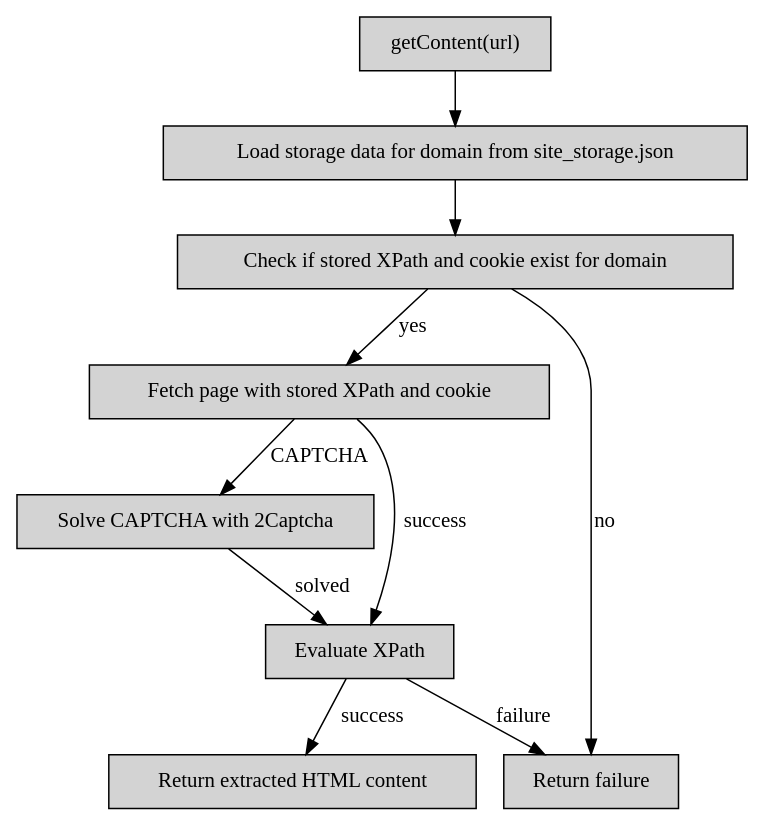
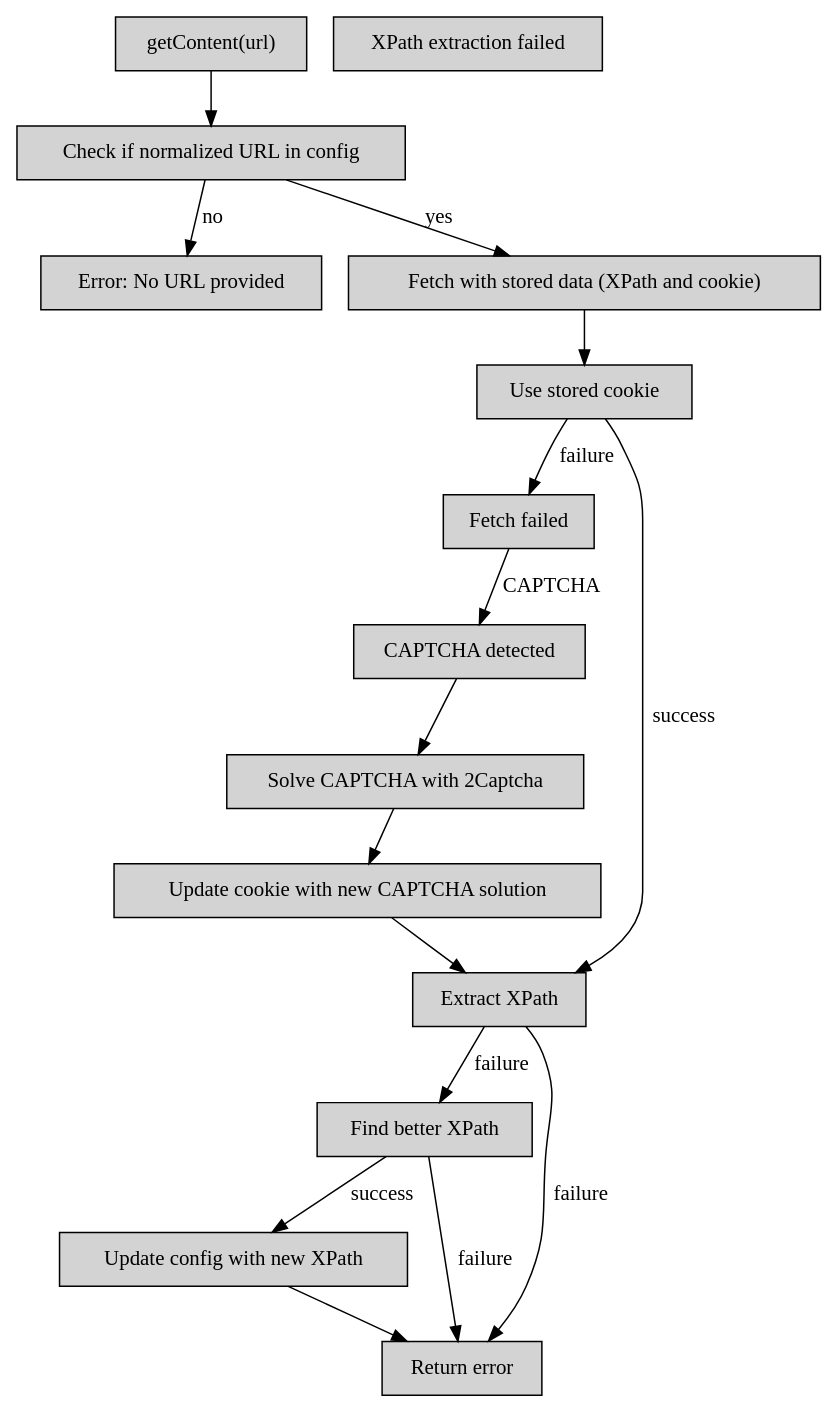
The diagram in smartScraper2.dot (bogorad/smartScraper), drawn with Graphviz before and after one commit.

Commit message:
refactor: update smartScraper2.dot with new execution logic

```diff
--- a/smartScraper2.dot
+++ b/smartScraper2.dot
@@ -1,24 +1,39 @@
 digraph execution_logic {
     node[shape=box, style=filled];
 
     start[label="getContent(url)"];
-    load_storage[label="Load storage data for domain from site_storage.json"];
-    check_stored_data[label="Check if stored XPath and cookie exist for domain"];
-    fetch_with_stored_data[label="Fetch page with stored XPath and cookie"];
+    error_no_url[label="Error: No URL provided"];
+    config_check[label="Check if normalized URL in config"];
+    fetch_with_stored_data[label="Fetch with stored data (XPath and cookie)"];
+    use_cookie[label="Use stored cookie"];
+    fetch_failed[label="Fetch failed"];
+    captcha_detected[label="CAPTCHA detected"];
     solve_captcha[label="Solve CAPTCHA with 2Captcha"];
-    xpath_eval[label="Evaluate XPath"];
-    return_content[label="Return extracted HTML content"];
-    failure[label="Return failure"];
+    update_cookie[label="Update cookie with new CAPTCHA solution"];
+    extract_xpath[label="Extract XPath"];
+    xpath_failed[label="XPath extraction failed"];
+    find_better_xpath[label="Find better XPath"];
+    update_config_xpath[label="Update config with new XPath"];
+    return_error[label="Return error"];
 
-    start -> load_storage;
-    load_storage -> check_stored_data;
-    check_stored_data -> fetch_with_stored_data[label="yes"];
-    check_stored_data -> failure[label="no"];
+    start -> config_check;
+    config_check -> fetch_with_stored_data[label="yes"];
+    config_check -> error_no_url[label="no"];
 
-    fetch_with_stored_data -> xpath_eval[label="success"];
-    fetch_with_stored_data -> solve_captcha[label="CAPTCHA"];
+    fetch_with_stored_data -> use_cookie;
+    use_cookie -> extract_xpath[label="success"];
+    use_cookie -> fetch_failed[label="failure"];
 
-    solve_captcha -> xpath_eval[label="solved"];
-    xpath_eval -> return_content[label="success"];
-    xpath_eval -> failure[label="failure"];
+    fetch_failed -> captcha_detected[label="CAPTCHA"];
+    captcha_detected -> solve_captcha;
+    solve_captcha -> update_cookie;
+    update_cookie -> extract_xpath;
+
+    extract_xpath -> return_error[label="failure"];
+    extract_xpath -> find_better_xpath[label="failure"];
+
+    find_better_xpath -> update_config_xpath[label="success"];
+    find_better_xpath -> return_error[label="failure"];
+
+    update_config_xpath -> return_error;
 }
```
